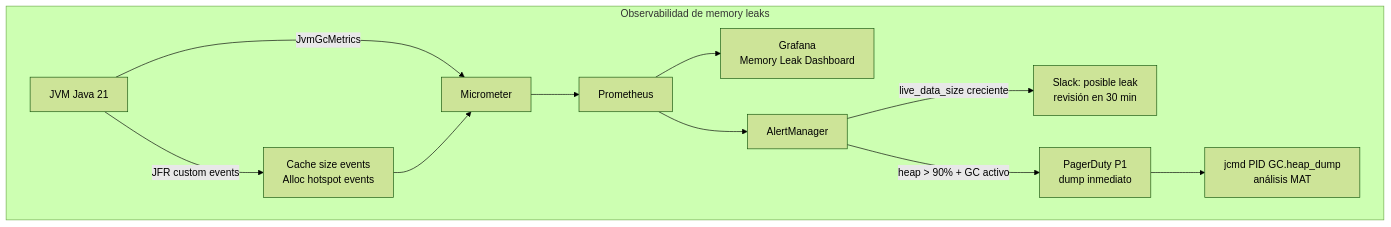
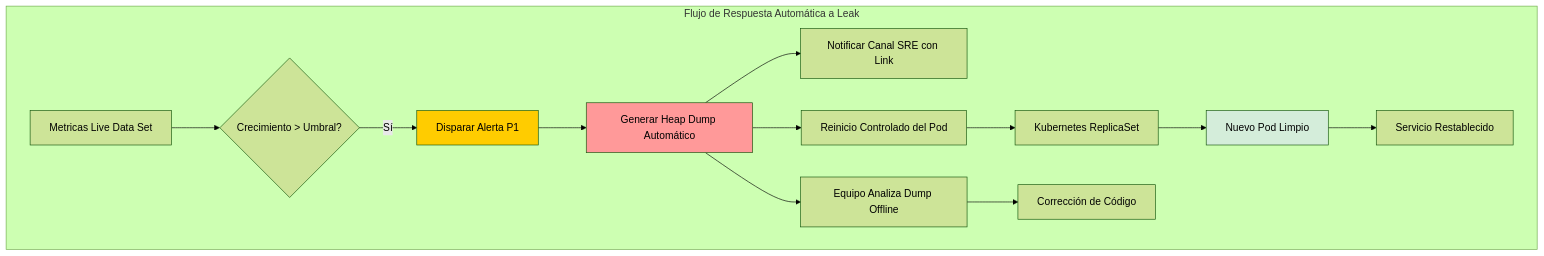
Before and after one commit to Joaquinriosheredia/DAM-Java-Mastery: the third of 4 diagrams in 01_Java_Core/memory_leaks_reales_en_java_deteccion_y_solucion_con_visualvm_STAFF.md, drawn with Mermaid (forest theme). The commit also changed other lines of this file, not shown here.

Commit message:
memory_leaks_reales_en_java_deteccion_y_solucion_con_visualvm_STAFF.md

````diff
--- a/01_Java_Core/memory_leaks_reales_en_java_deteccion_y_solucion_con_visualvm_STAFF.md
+++ b/01_Java_Core/memory_leaks_reales_en_java_deteccion_y_solucion_con_visualvm_STAFF.md
@@ -498,14 +231,21 @@
 ```mermaid
 graph TD
-    subgraph "Observabilidad de memory leaks"
-        JVM[JVM Java 21] -->|JvmGcMetrics| MIC[Micrometer]
-        JVM -->|JFR custom events| JFREV[Cache size events\nAlloc hotspot events]
-        JFREV --> MIC
-        MIC --> PROM[Prometheus]
-        PROM --> GRAF[Grafana\nMemory Leak Dashboard]
-        PROM --> AM[AlertManager]
-        AM -->|live_data_size creciente| WARN[Slack: posible leak\nrevisión en 30 min]
-        AM -->|heap > 90% + GC activo| P1[PagerDuty P1\ndump inmediato]
-        P1 --> DUMP[jcmd PID GC.heap_dump\nanálisis MAT]
+    subgraph "Flujo de Respuesta Automática a Leak"
+        MON[Metricas Live Data Set] --> CHECK{Crecimiento > Umbral?}
+        CHECK -->|Sí| TRIGGER[Disparar Alerta P1]
+        TRIGGER --> DUMP[Generar Heap Dump Automático]
+        DUMP --> NOTIFY[Notificar Canal SRE con Link]
+        DUMP --> RESTART[Reinicio Controlado del Pod]
+        
+        RESTART --> K8S[Kubernetes ReplicaSet]
+        K8S --> NEWPOD[Nuevo Pod Limpio]
+        NEWPOD --> STABLE[Servicio Restablecido]
+        
+        DUMP --> ANALYST[Equipo Analiza Dump Offline]
+        ANALYST --> FIX[Corrección de Código]
     end
+    
+    style TRIGGER fill:#ffcc00
+    style DUMP fill:#ff9999
+    style NEWPOD fill:#d4edda
 ```
````
